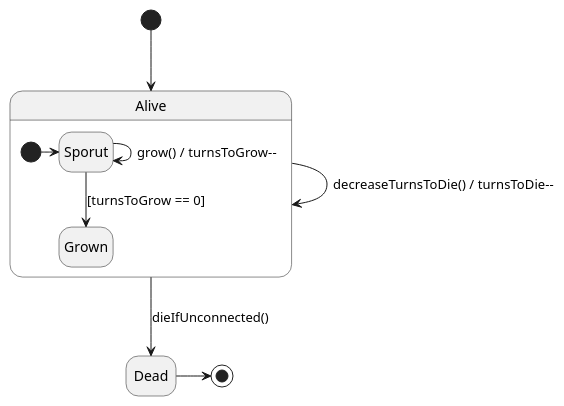
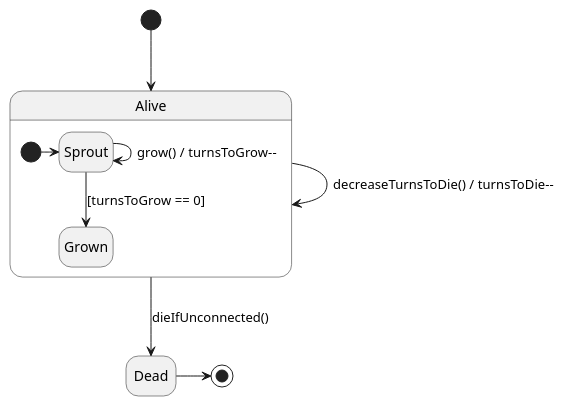
The diagram in diagrams/state/mushroom/mushroomThread.wsd (dzsem/projlab), drawn with PlantUML before and after one commit. The commit also changed 17 other files, not shown here.

Commit message:
Patch diagrams round 1

```diff
--- a/diagrams/state/mushroom/mushroomThread.wsd
+++ b/diagrams/state/mushroom/mushroomThread.wsd
@@ -1,23 +1,23 @@
 @startuml Mushrooom Thread States
 hide empty description
 
 [*] --> Alive
 
 state Alive {
-    state Sporut
+    state Sprout
     state Grown
 
-    [*] -> Sporut
-    Sporut -> Sporut: grow() / turnsToGrow--
-    Sporut -down-> Grown: [turnsToGrow == 0]
+    [*] -> Sprout
+    Sprout -> Sprout: grow() / turnsToGrow--
+    Sprout -down-> Grown: [turnsToGrow == 0]
 }
 
 state Dead
 
 Alive -> Alive: decreaseTurnsToDie() / turnsToDie--
 Alive -down-> Dead: dieIfUnconnected() 
 
 Dead -> [*]
 
 
 @enduml
```
